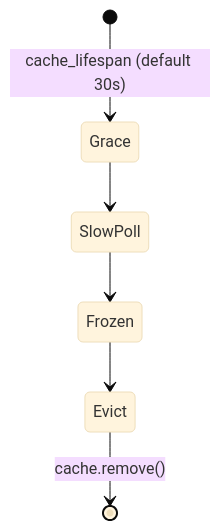
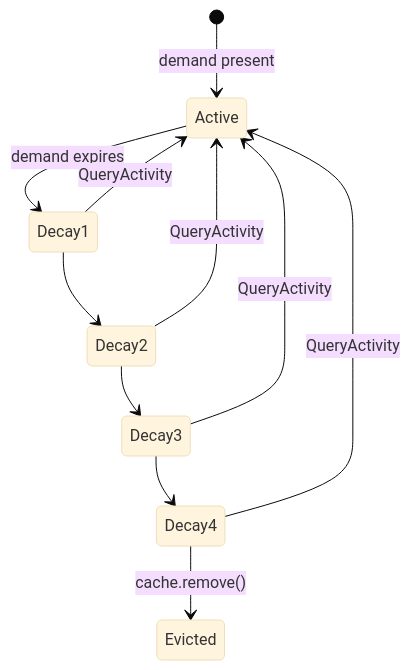
The second of 2 diagrams in docs/architecture.md (NavistAu/beachcomber), drawn with Mermaid (base theme) before and after one commit. The commit also changed other lines of this file and 6 other files, not shown here.

First line of the commit message:
docs: cache decay rebuild — architecture, provider-development, changelog

````diff
--- a/docs/architecture.md
+++ b/docs/architecture.md
@@ -205,8 +206,13 @@
 ```mermaid
 stateDiagram-v2
-    [*] --> Grace : cache_lifespan (default 30s)
-    Grace --> SlowPoll
-    SlowPoll --> Frozen
-    Frozen --> Evict
-    Evict --> [*] : cache.remove()
+    [*] --> Active : demand present
+    Active --> Decay1 : demand expires
+    Decay1 --> Decay2
+    Decay2 --> Decay3
+    Decay3 --> Decay4
+    Decay4 --> Evicted : cache.remove()
+    Decay1 --> Active : QueryActivity
+    Decay2 --> Active : QueryActivity
+    Decay3 --> Active : QueryActivity
+    Decay4 --> Active : QueryActivity
 ```
````
